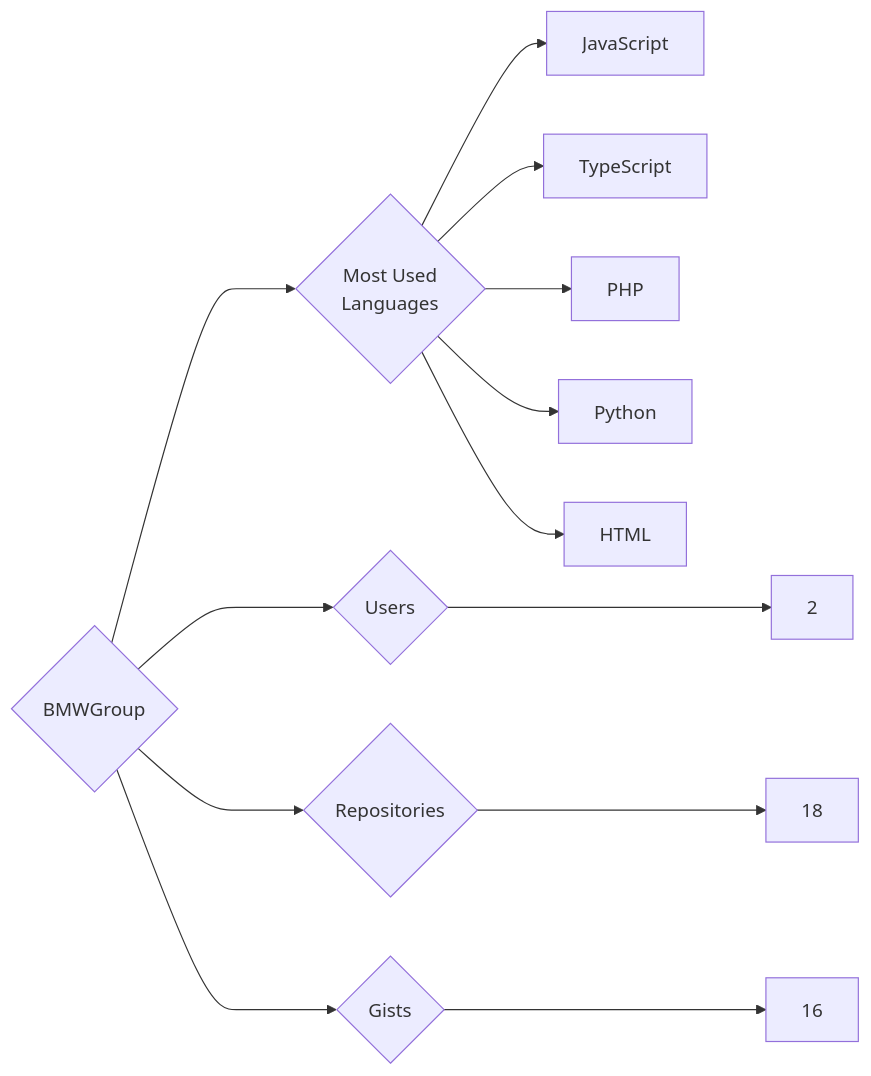
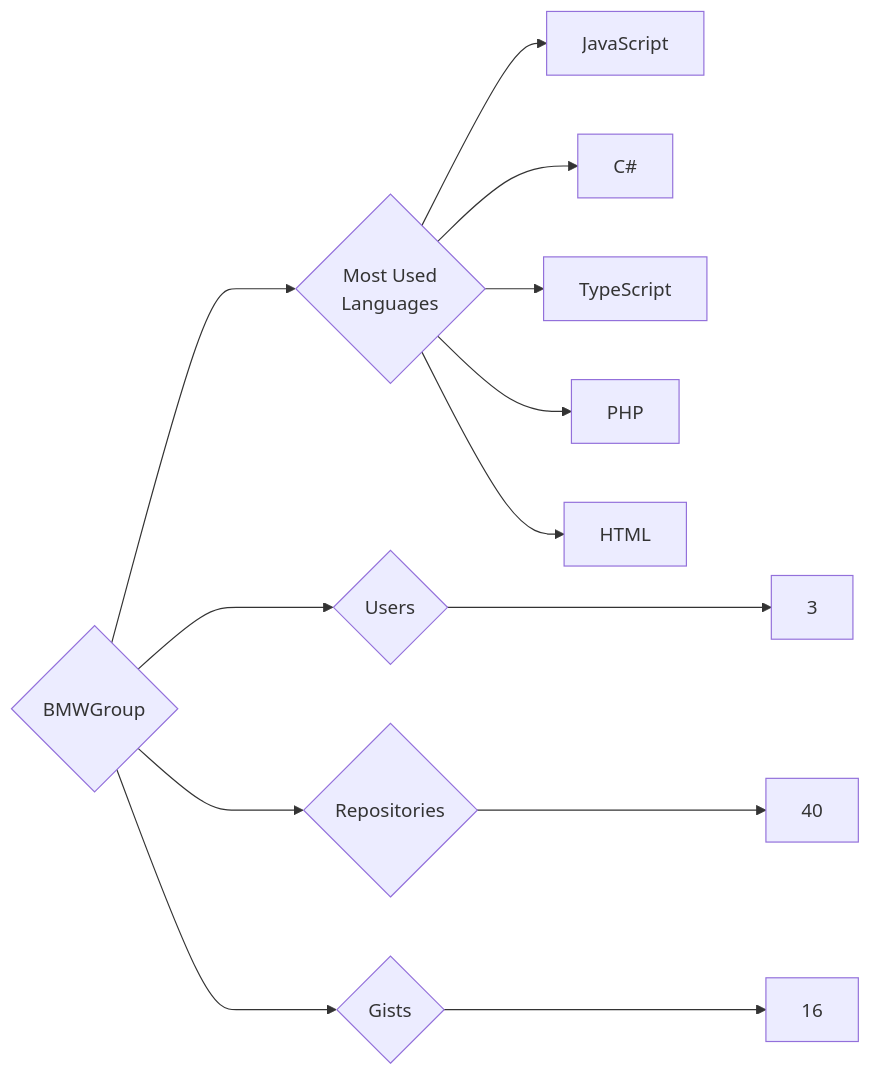
The diagram in targets/BMWGroup/README.md (trickest/insiders), drawn with Mermaid before and after one commit. The commit also changed 1023 other files, not shown here.

````diff
--- a/targets/BMWGroup/README.md
+++ b/targets/BMWGroup/README.md
@@ -3,13 +3,13 @@
 ```mermaid
 graph LR
 COMPANY_NAME{BMWGroup}
-COMPANY_NAME ---> U{Users} ---> UN[2]
-COMPANY_NAME ---> R{Repositories} ---> RN[18]
+COMPANY_NAME ---> U{Users} ---> UN[3]
+COMPANY_NAME ---> R{Repositories} ---> RN[40]
 COMPANY_NAME ---> G{Gists} ---> GN[16]
 COMPANY_NAME ---> ML{Most Used<br>Languages}
 ML --> JavaScript[JavaScript]
+ML --> C#[C#]
 ML --> TypeScript[TypeScript]
 ML --> PHP[PHP]
-ML --> Python[Python]
 ML --> HTML[HTML]
 ```
````
